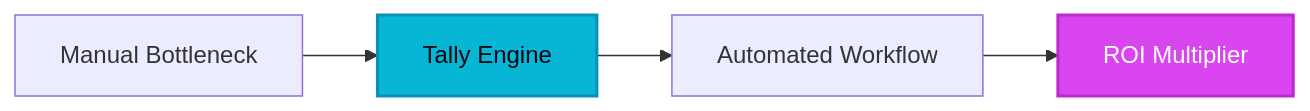
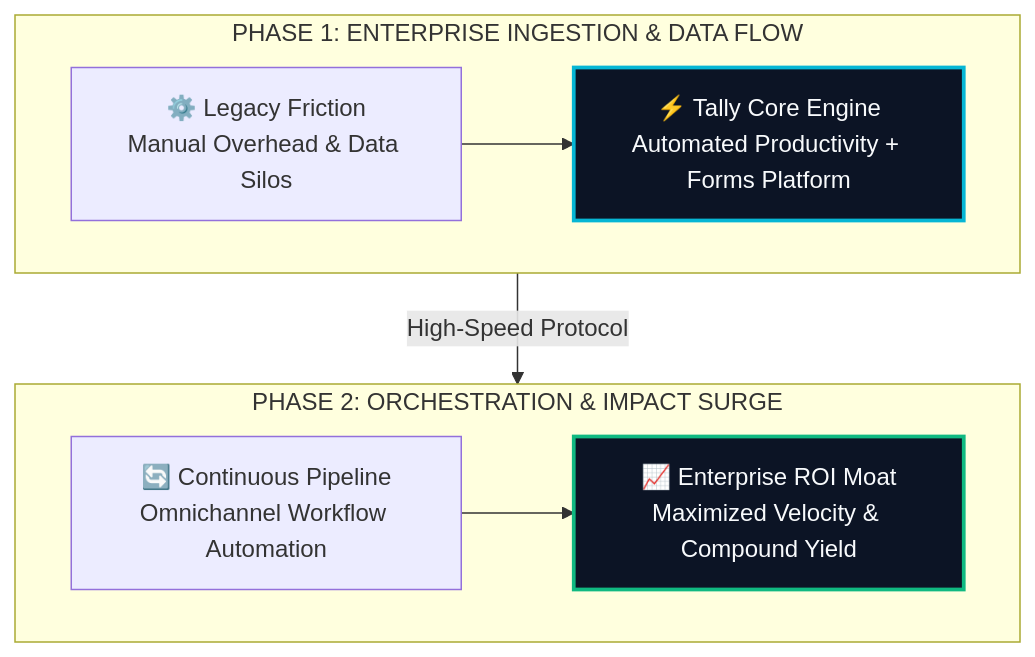
The diagram in site/src/content/blog/tally-evolution-guide-2026.md (heliatech-media/saas-radar), drawn with Mermaid before and after one commit. The commit also changed 97 other files, not shown here.

First line of the commit message:
feat(diagrams): upgrade all article architecture schemas to high-impact 2-tier responsive vector blueprints

````diff
--- a/site/src/content/blog/tally-evolution-guide-2026.md
+++ b/site/src/content/blog/tally-evolution-guide-2026.md
@@ -53,8 +53,14 @@
 ```mermaid
-flowchart LR
-    A[Manual Bottleneck] --> B[Tally Engine]
-    B --> C[Automated Workflow]
-    C --> D[ROI Multiplier]
-    style B fill:#06b6d4,stroke:#0891b2,stroke-width:2px,color:#030712
-    style D fill:#d946ef,stroke:#c026d3,stroke-width:2px,color:#ffffff
+flowchart TD
+    subgraph S1["PHASE 1: ENTERPRISE INGESTION & DATA FLOW"]
+        direction LR
+        A["⚙️ Legacy Friction<br/>Manual Overhead & Data Silos"] --> B["⚡ Tally Core Engine<br/>Automated Productivity + Forms Platform"]
+    end
+    subgraph S2["PHASE 2: ORCHESTRATION & IMPACT SURGE"]
+        direction LR
+        C["🔄 Continuous Pipeline<br/>Omnichannel Workflow Automation"] --> D["📈 Enterprise ROI Moat<br/>Maximized Velocity & Compound Yield"]
+    end
+    S1 -->|High-Speed Protocol| S2
+    style B fill:#0c1425,stroke:#06b6d4,stroke-width:2.5px,color:#f8fafc
+    style D fill:#0c1425,stroke:#10b981,stroke-width:2.5px,color:#f8fafc
 ```
````
